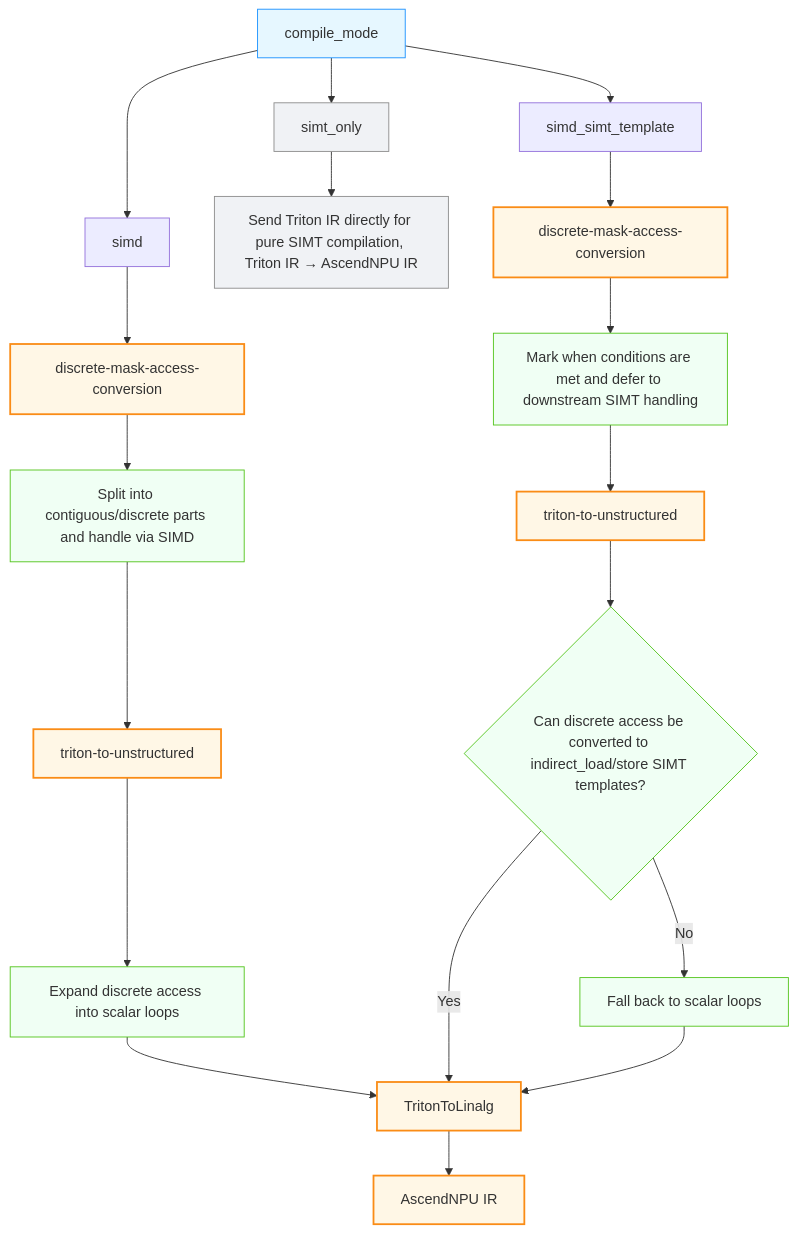
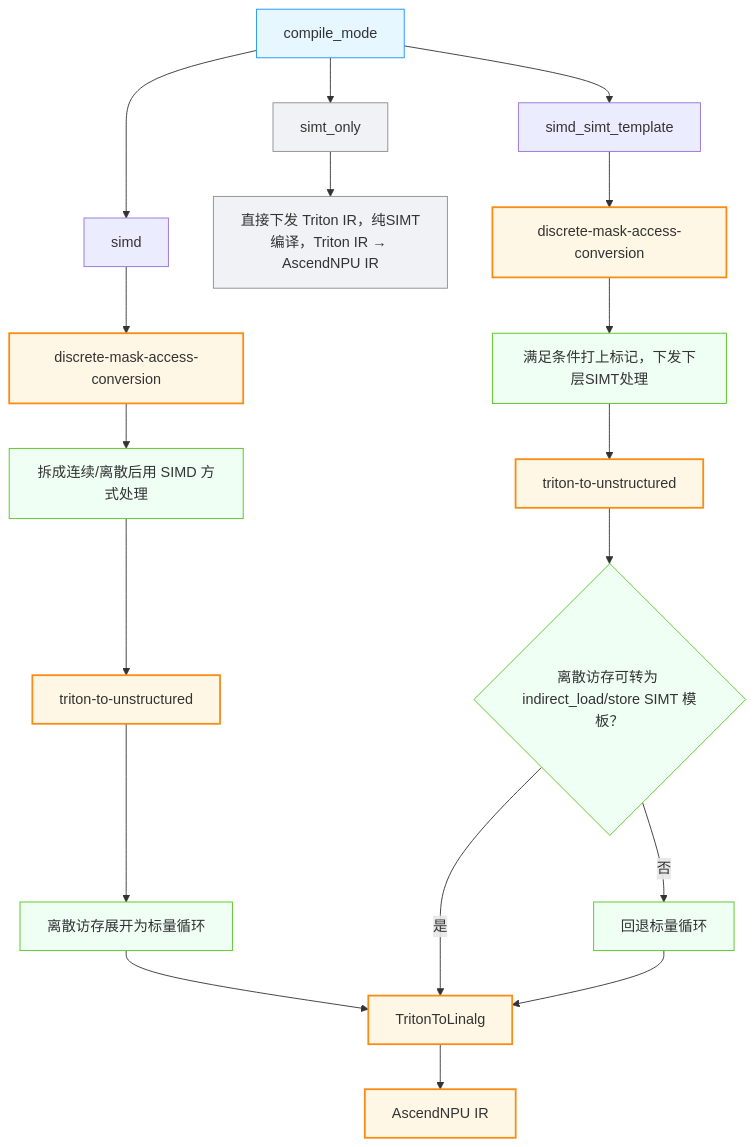
The diagram in docs/zh/architecture_design_and_core_features.md (Geofeng12138/triton-ascend), drawn with Mermaid before and after one commit. The commit also changed other lines of this file and 68 other files, not shown here.

````diff
--- a/docs/zh/architecture_design_and_core_features.md
+++ b/docs/zh/architecture_design_and_core_features.md
@@ -245,37 +245,38 @@
 ```mermaid
 flowchart TD
     A[compile_mode] --> B["simd"]
     A --> C["simd_simt_template"]
     A --> D["simt_only"]
 
-    %% simt_only branch
-    D --> D1[Send Triton IR directly for pure SIMT compilation, Triton IR → AscendNPU IR]
+    %% simt_only 分支
+    D --> D1[直接下发 Triton IR，纯SIMT编译，Triton IR → AscendNPU IR]
 
-    %% simd full path
+    %% simd 完整链路
     B --> B1[discrete-mask-access-conversion]
-    B1 --> B2[Split into contiguous/discrete parts and handle via SIMD]
+    B1 --> B2[拆成连续/离散后用 SIMD 方式处理]
     B2 --> B3[triton-to-unstructured]
-    B3 --> B4[Expand discrete access into scalar loops]
+    B3 --> B4[离散访存展开为标量循环]
     B4 --> B5[TritonToLinalg]
     B5 --> B6[AscendNPU IR]
 
     %% simd_simt_template 完整链路
     C --> C1[discrete-mask-access-conversion]
-    C1 --> C2[Mark when conditions are met and defer to downstream SIMT handling]
+    C1 --> C2[满足条件打上标记，下发下层SIMT处理]
     C2 --> C3[triton-to-unstructured]
-    C3 --> C4{Can discrete access be converted to indirect_load/store SIMT templates?}
-    C4 -- Yes --> B5
-    C4 -- No --> C5[Fall back to scalar loops]
+    C3 --> C4{离散访存可转为 indirect_load/store SIMT 模板？}
+    C4 -- 是 --> B5
+    C4 -- 否 --> C5[回退标量循环]
     C5 --> B5
 
-    %% styling
+    %% 样式定义
     classDef root fill:#e6f7ff,stroke:#1890ff
     classDef pass fill:#fff7e6,stroke:#fa8c16,stroke-width:2px
     classDef logic fill:#f0fff4,stroke:#52c41a
     classDef simtOnly fill:#f0f2f5,stroke:#8c8c8c
 
+    %% 绑定样式
     class A root
     class B1,C1,B3,C3,B5,B6 pass
     class B2,B4,C2,C4,C5 logic
     class D,D1 simtOnly
 ```
````
